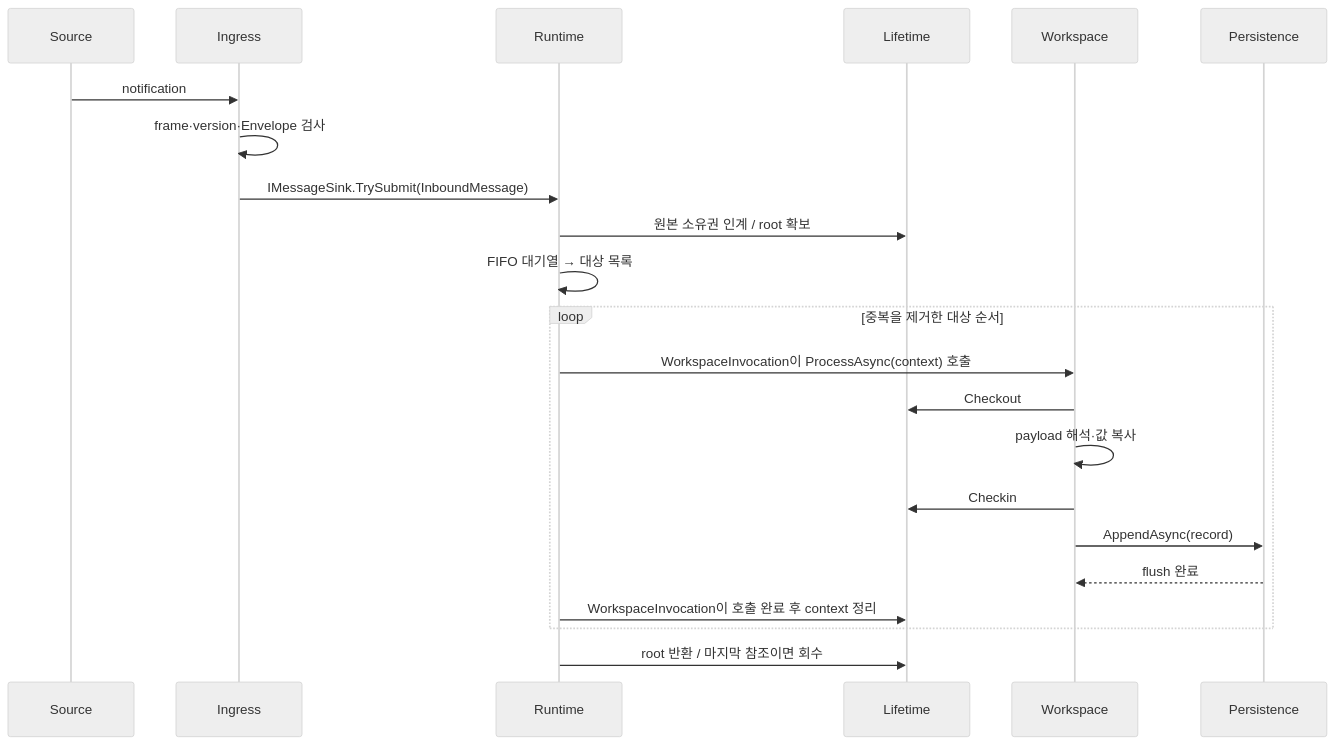
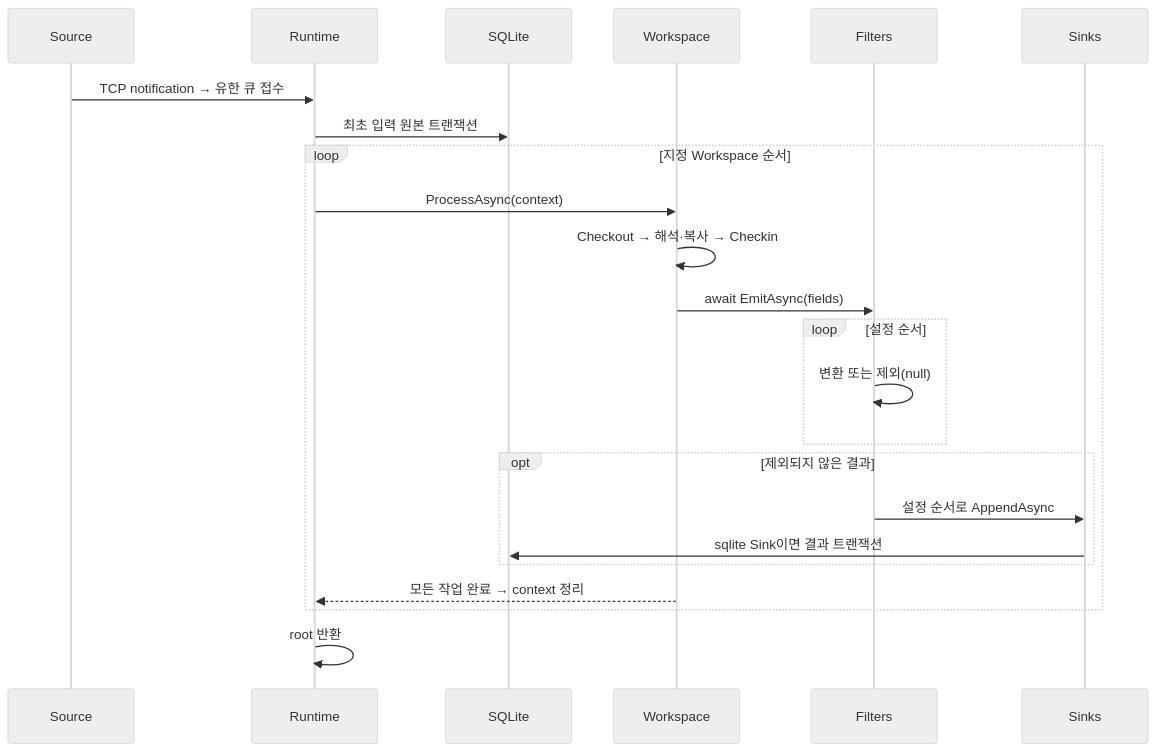
One commit to south-hive/project-dsn changed the second of 4 diagrams in docs/04-top-level-design.md. Above: the diagram before and after it, drawn with Mermaid (neutral theme). The commit also changed other lines of this file and 69 other files, not shown here.

Commit message:
Release local DSN pipelines, SQLite persistence, app SDKs and Presenter

````diff
--- a/docs/04-top-level-design.md
+++ b/docs/04-top-level-design.md
@@ -49,24 +25,25 @@
 ```mermaid
 sequenceDiagram
     participant S as Source
-    participant I as Ingress
     participant R as Runtime
-    participant L as Lifetime
+    participant DB as SQLite
     participant W as Workspace
-    participant P as Persistence
-    S->>I: notification
-    I->>I: frame·version·Envelope 검사
-    I->>R: IMessageSink.TrySubmit(InboundMessage)
-    R->>L: 원본 소유권 인계 / root 확보
-    R->>R: FIFO 대기열 → 대상 목록
-    loop 중복을 제거한 대상 순서
-        R->>W: WorkspaceInvocation이 ProcessAsync(context) 호출
-        W->>L: Checkout
-        W->>W: payload 해석·값 복사
-        W->>L: Checkin
-        W->>P: AppendAsync(record)
-        P-->>W: flush 완료
-        R->>L: WorkspaceInvocation이 호출 완료 후 context 정리
+    participant F as Filters
+    participant K as Sinks
+    S->>R: TCP notification → 유한 큐 접수
+    R->>DB: 최초 입력 원본 트랜잭션
+    loop 지정 Workspace 순서
+        R->>W: ProcessAsync(context)
+        W->>W: Checkout → 해석·복사 → Checkin
+        W->>F: await EmitAsync(fields)
+        loop 설정 순서
+            F->>F: 변환 또는 제외(null)
+        end
+        opt 제외되지 않은 결과
+            F->>K: 설정 순서로 AppendAsync
+            K->>DB: sqlite Sink이면 결과 트랜잭션
+        end
+        W-->>R: 모든 작업 완료 → context 정리
     end
-    R->>L: root 반환 / 마지막 참조이면 회수
+    R->>R: root 반환
 ```
````
